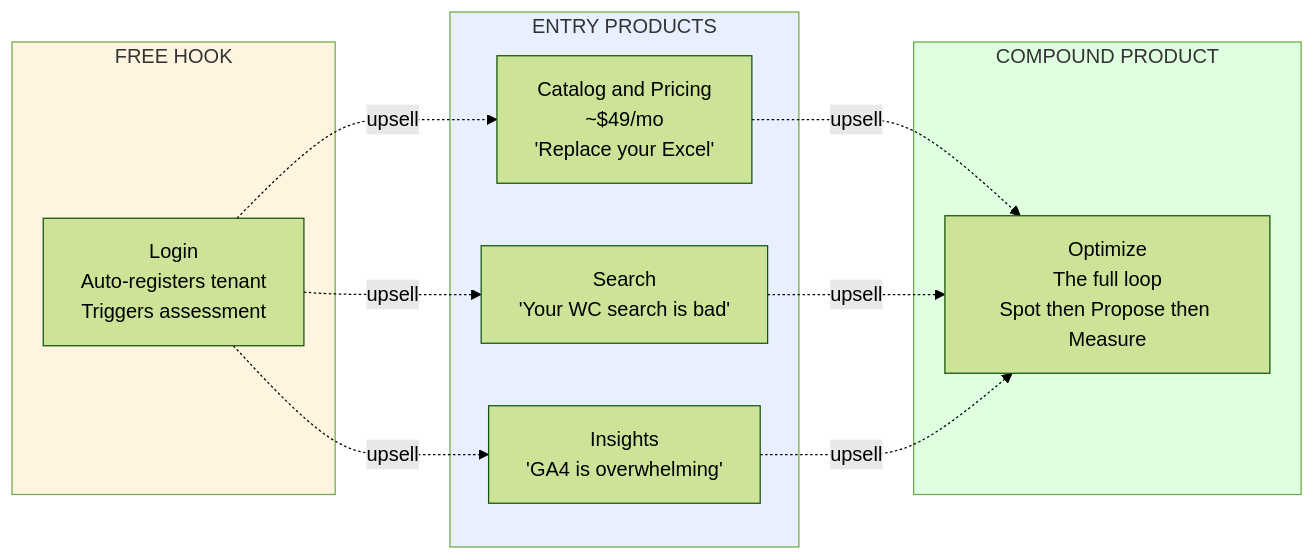
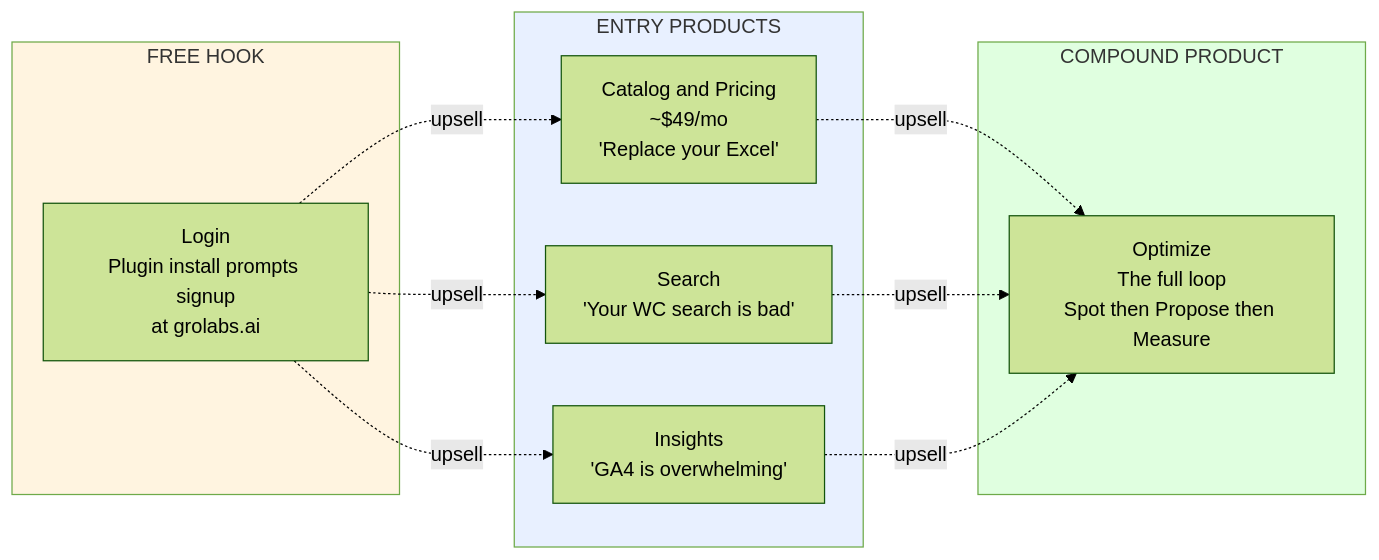
The third of 3 diagrams in docs/vision.md (grolabsai/grolabs-app), drawn with Mermaid (forest theme) before and after one commit. The commit also changed other lines of this file, not shown here.

Commit message:
docs(vision): align with Constitution Article 3, remove auto-registration language

````diff
--- a/docs/vision.md
+++ b/docs/vision.md
@@ -121,27 +123,27 @@
 ```mermaid
 flowchart LR
     subgraph Entry["ENTRY PRODUCTS"]
         P1[Catalog and Pricing<br/>~$49/mo<br/>'Replace your Excel']
         P2[Search<br/>'Your WC search is bad']
         P3[Insights<br/>'GA4 is overwhelming']
     end
 
     subgraph Compound["COMPOUND PRODUCT"]
         P4[Optimize<br/>The full loop<br/>Spot then Propose then Measure]
     end
 
     subgraph Free["FREE HOOK"]
-        FH[Login<br/>Auto-registers tenant<br/>Triggers assessment]
+        FH[Login<br/>Plugin install prompts signup<br/>at grolabs.ai]
     end
 
     FH -.upsell.-> P1
     FH -.upsell.-> P2
     FH -.upsell.-> P3
     P1 -.upsell.-> P4
     P2 -.upsell.-> P4
     P3 -.upsell.-> P4
 
     style Free fill:#fff4e0
     style Entry fill:#e8f0ff
     style Compound fill:#e0ffe0
 ```
````
